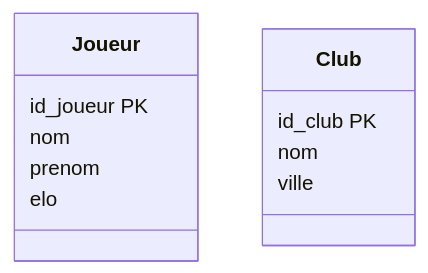
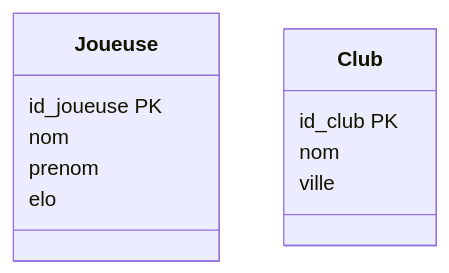
Before and after one commit to ludo2ne/ENSAI-1A-SQL: the second of 4 diagrams in doc/cours/bases-de-donnees.qmd, drawn with Mermaid. The commit also changed other lines of this file and 1 other file, not shown here.

````diff
--- a/doc/cours/bases-de-donnees.qmd
+++ b/doc/cours/bases-de-donnees.qmd
@@ -140,15 +142,15 @@
 ```{mermaid}
 classDiagram
-    class Joueur {
-        id_joueur PK
+    class Joueuse {
+        id_joueuse PK
         nom
         prenom
         elo
     }
     
     class Club {
         id_club PK
         nom
         ville
     }
 ```
````
